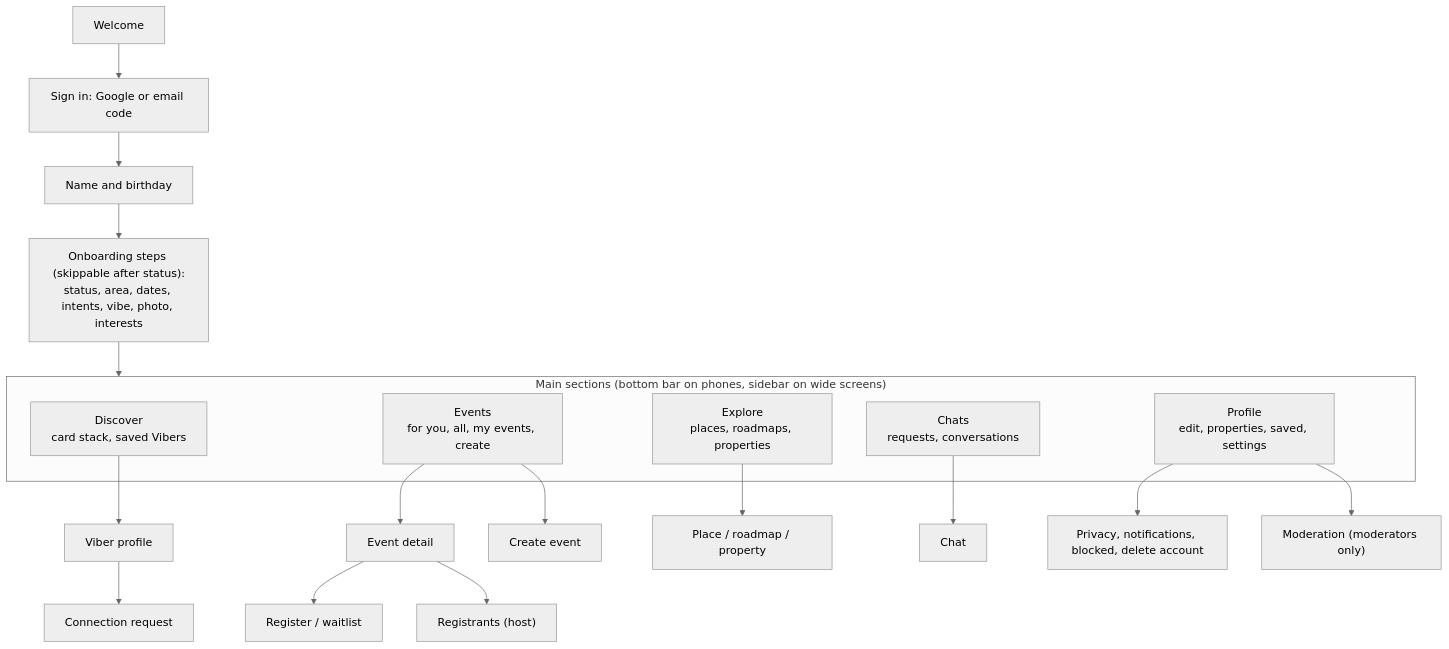
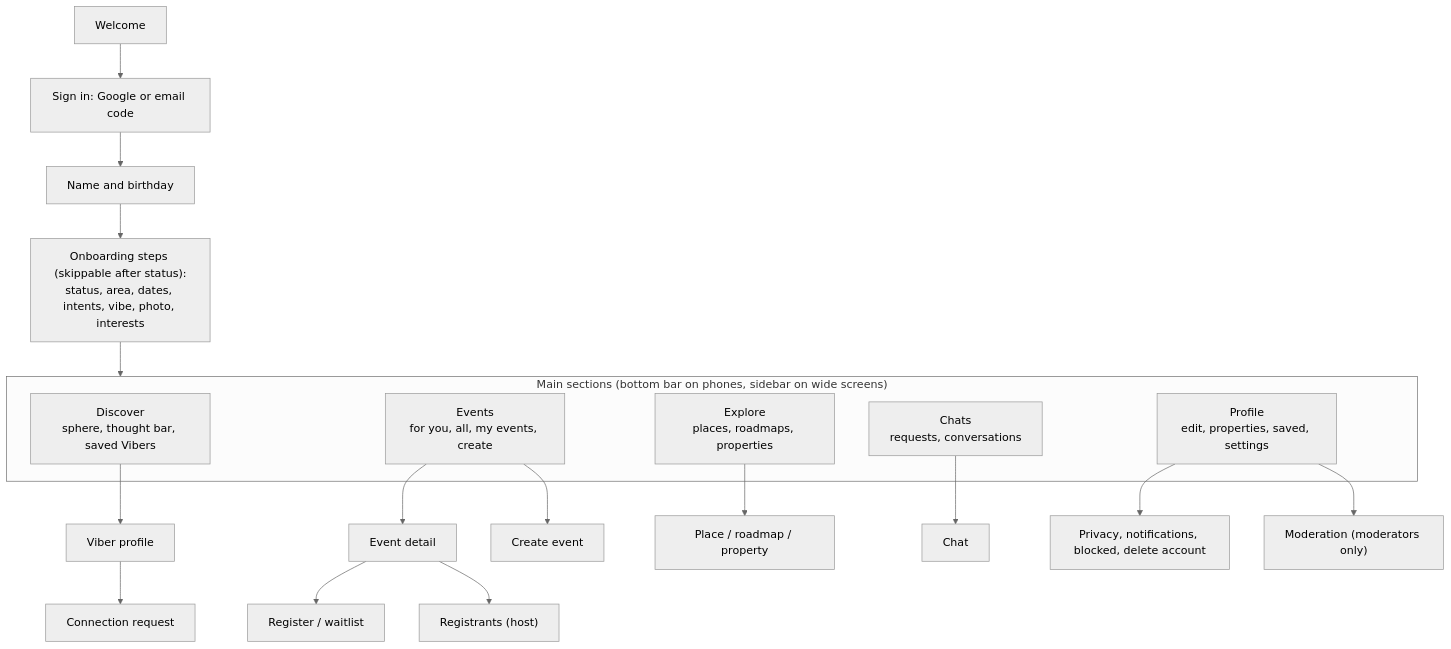
Before and after one commit to Vanshika-mahajan/VIBERSCLUB: the diagram in docs/UI_UX_SPECIFICATION.md, drawn with Mermaid (neutral theme). The commit also changed other lines of this file and 25 other files, not shown here.

First line of the commit message:
Discover: build ARPIT's design with sample Vibers

````diff
--- a/docs/UI_UX_SPECIFICATION.md
+++ b/docs/UI_UX_SPECIFICATION.md
@@ -8,24 +8,24 @@
 ```mermaid
 flowchart TD
     Welcome["Welcome"] --> SignIn["Sign in: Google or email code"]
     SignIn --> Basics["Name and birthday"]
     Basics --> Onb["Onboarding steps (skippable after status):<br/>status, area, dates, intents, vibe, photo, interests"]
     Onb --> Tabs
 
     subgraph Tabs["Main sections (bottom bar on phones, sidebar on wide screens)"]
-        Discover["Discover<br/>card stack, saved Vibers"]
+        Discover["Discover<br/>sphere, thought bar, saved Vibers"]
         Events["Events<br/>for you, all, my events, create"]
         Explore["Explore<br/>places, roadmaps, properties"]
         Chats["Chats<br/>requests, conversations"]
         Profile["Profile<br/>edit, properties, saved, settings"]
     end
 
     Discover --> VProfile["Viber profile"] --> Request["Connection request"]
     Events --> EDetail["Event detail"] --> Register["Register / waitlist"]
     Events --> Create["Create event"]
     EDetail --> Manage["Registrants (host)"]
     Explore --> PDetail["Place / roadmap / property"]
     Chats --> Chat["Chat"]
     Profile --> Settings["Privacy, notifications, blocked, delete account"]
     Profile --> Mod["Moderation (moderators only)"]
 ```
````
